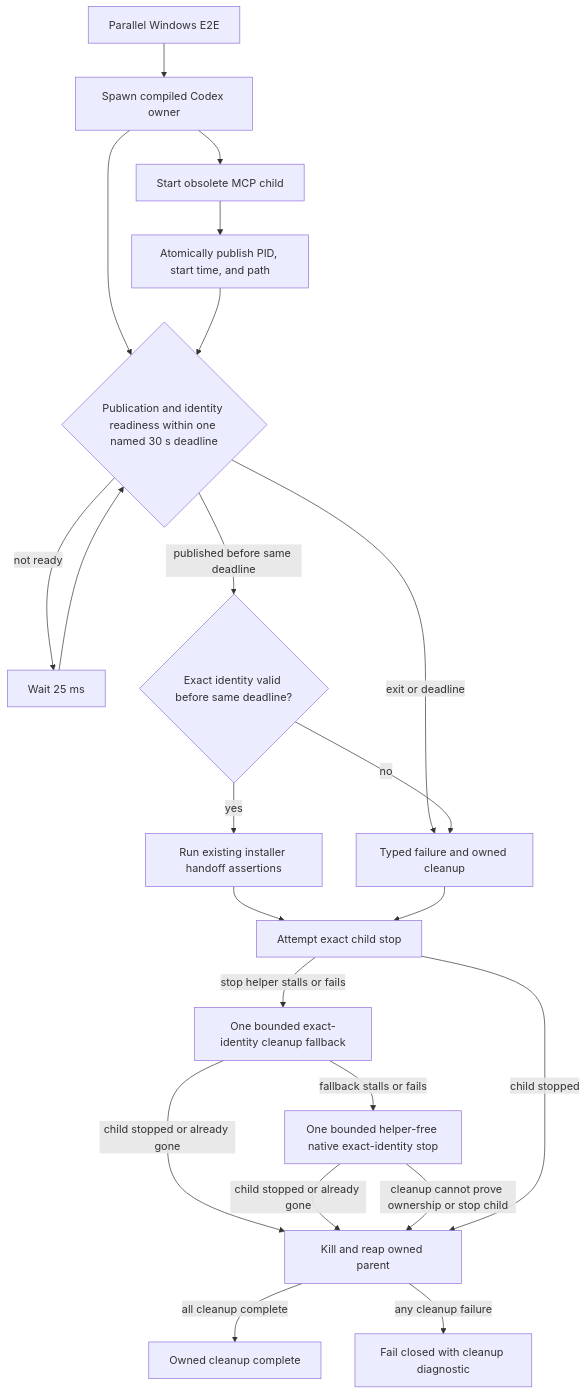
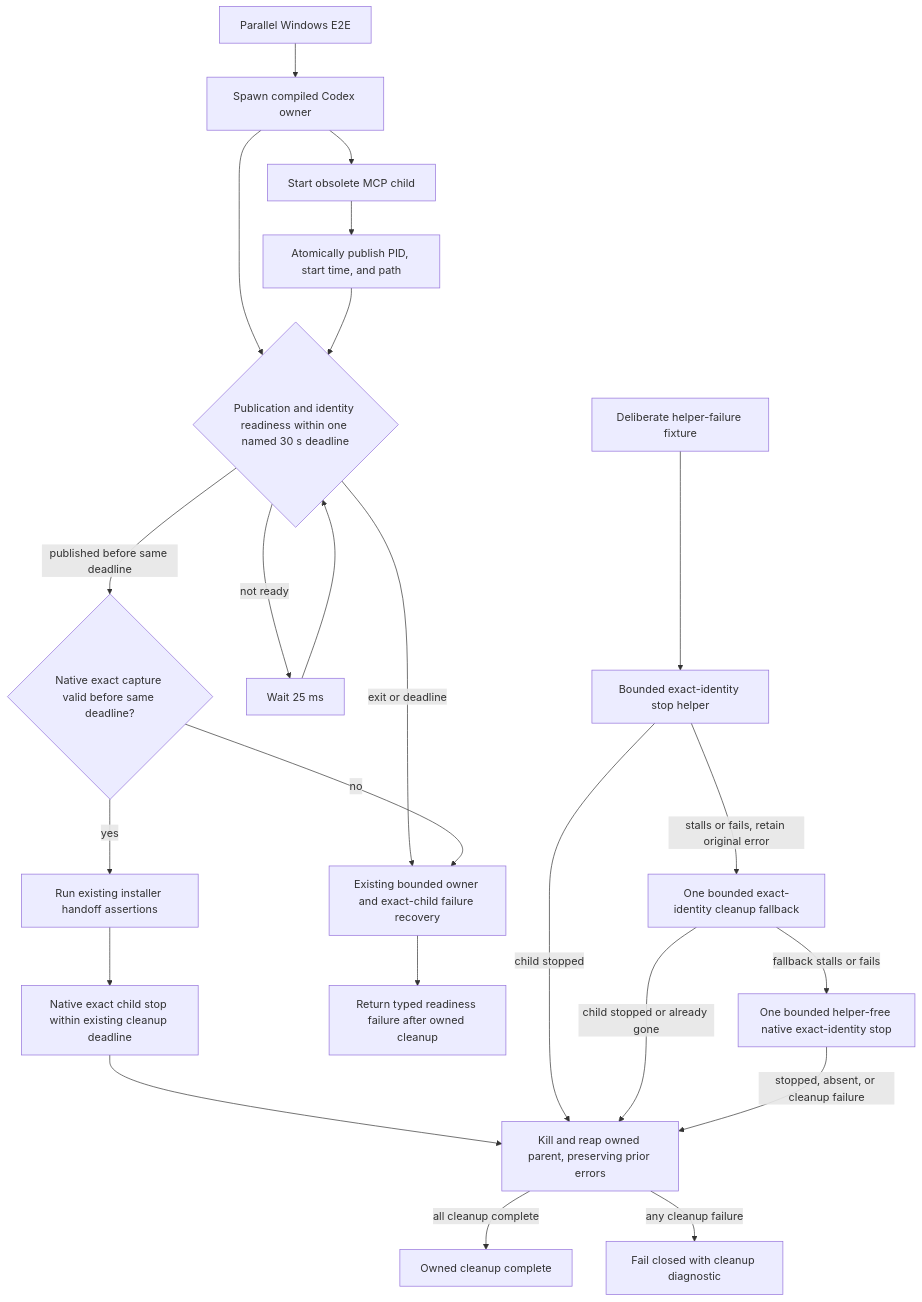
Diagram 23 of 29 in docs/v050-release-architecture.md (styler-ai/ProjectAtlas), drawn with Mermaid before and after one commit. The commit also changed other lines of this file and 8 other files, not shown here.

Commit message:
test: use native Windows fixture readiness and cleanup (#518)

````diff
--- a/docs/v050-release-architecture.md
+++ b/docs/v050-release-architecture.md
@@ -508,24 +510,25 @@
 ```mermaid
 flowchart TB
     suite[Parallel Windows E2E] --> owner[Spawn compiled Codex owner]
     owner --> child[Start obsolete MCP child]
     child --> publish[Atomically publish PID, start time, and path]
     owner --> poll{Publication and identity readiness within one named 30 s deadline}
     publish --> poll
-    poll -->|exit or deadline| fail[Typed failure and owned cleanup]
+    poll -->|published before same deadline| validate{Native exact capture valid before same deadline?}
+    validate -->|yes| installer[Run existing installer handoff assertions]
+    installer --> cleanup[Native exact child stop within existing cleanup deadline]
+    cleanup --> reap[Kill and reap owned parent, preserving prior errors]
+    reap -->|all cleanup complete| done[Owned cleanup complete]
+    reap -->|any cleanup failure| diagnostic[Fail closed with cleanup diagnostic]
     poll -->|not ready| pause[Wait 25 ms]
     pause --> poll
-    poll -->|published before same deadline| validate{Exact identity valid before same deadline?}
+    poll -->|exit or deadline| fail[Existing bounded owner and exact-child failure recovery]
     validate -->|no| fail
-    validate -->|yes| installer[Run existing installer handoff assertions]
-    installer --> cleanup[Attempt exact child stop]
-    fail --> cleanup
-    cleanup -->|stop helper stalls or fails| fallback[One bounded exact-identity cleanup fallback]
-    fallback -->|child stopped or already gone| reap[Kill and reap owned parent]
+    fail --> refused[Return typed readiness failure after owned cleanup]
+    fault[Deliberate helper-failure fixture] --> helper[Bounded exact-identity stop helper]
+    helper -->|child stopped| reap
+    helper -->|stalls or fails, retain original error| fallback[One bounded exact-identity cleanup fallback]
+    fallback -->|child stopped or already gone| reap
     fallback -->|fallback stalls or fails| final[One bounded helper-free native exact-identity stop]
-    final -->|child stopped or already gone| reap
-    final -->|cleanup cannot prove ownership or stop child| reap
-    reap -->|all cleanup complete| done[Owned cleanup complete]
-    reap -->|any cleanup failure| diagnostic[Fail closed with cleanup diagnostic]
-    cleanup -->|child stopped| reap
+    final -->|stopped, absent, or cleanup failure| reap
 ```
````
